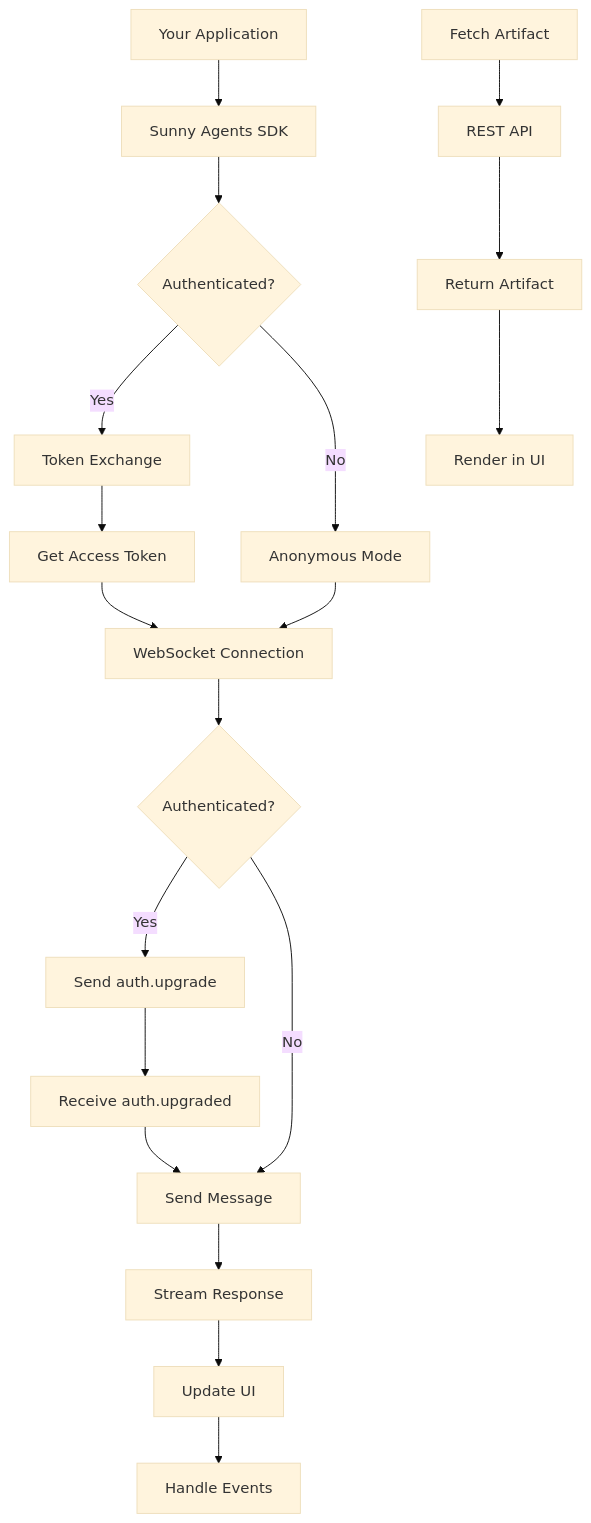
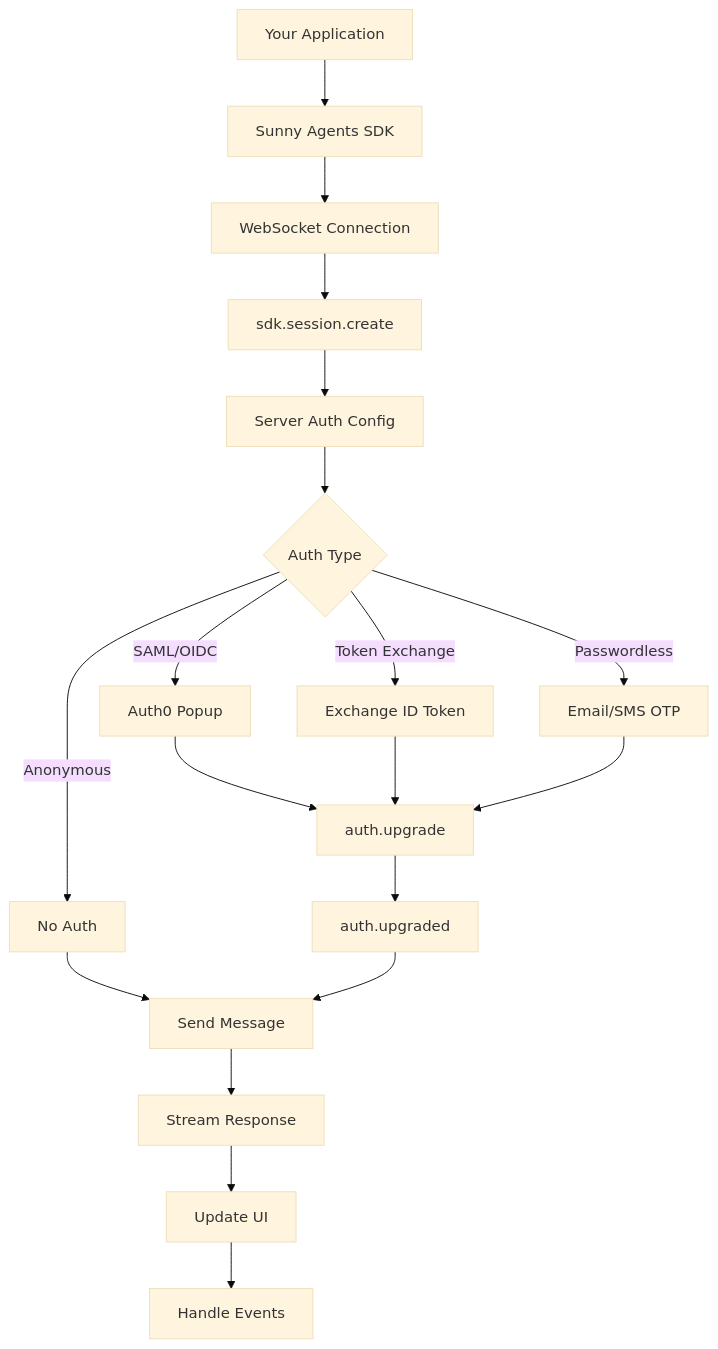
One commit to sunnyhealthai/docs changed the diagram in fern/docs/pages/get-started/overview.mdx. Above: the diagram before and after it, drawn with Mermaid (base theme). The commit also changed other lines of this file and 21 other files, not shown here.

````diff
--- a/fern/docs/pages/get-started/overview.mdx
+++ b/fern/docs/pages/get-started/overview.mdx
@@ -52,26 +56,24 @@
 ```mermaid
 graph TD
     A[Your Application] --> B[Sunny Agents SDK]
-    B --> C{Authenticated?}
+    B --> C[WebSocket Connection]
+    C --> D[sdk.session.create]
+    D --> E[Server Auth Config]
     
-    C -->|Yes| D[Token Exchange]
-    C -->|No| E[Anonymous Mode]
+    E --> F{Auth Type}
+    F -->|SAML/OIDC| G[Auth0 Popup]
+    F -->|Token Exchange| H[Exchange ID Token]
+    F -->|Passwordless| I[Email/SMS OTP]
+    F -->|Anonymous| J[No Auth]
     
-    D --> F[Get Access Token]
-    F --> H[WebSocket Connection]
-    E --> H
+    G --> K[auth.upgrade]
+    H --> K
+    I --> K
+    J --> L[Send Message]
+    K --> M[auth.upgraded]
+    M --> L
     
-    H --> I{Authenticated?}
-    I -->|Yes| J[Send auth.upgrade]
-    I -->|No| K[Send Message]
-    J --> L[Receive auth.upgraded]
-    L --> K
-    
-    K --> M[Stream Response]
-    M --> N[Update UI]
-    N --> O[Handle Events]
-    
-    P[Fetch Artifact] --> Q[REST API]
-    Q --> R[Return Artifact]
-    R --> S[Render in UI]
+    L --> N[Stream Response]
+    N --> O[Update UI]
+    O --> P[Handle Events]
 ```
````
